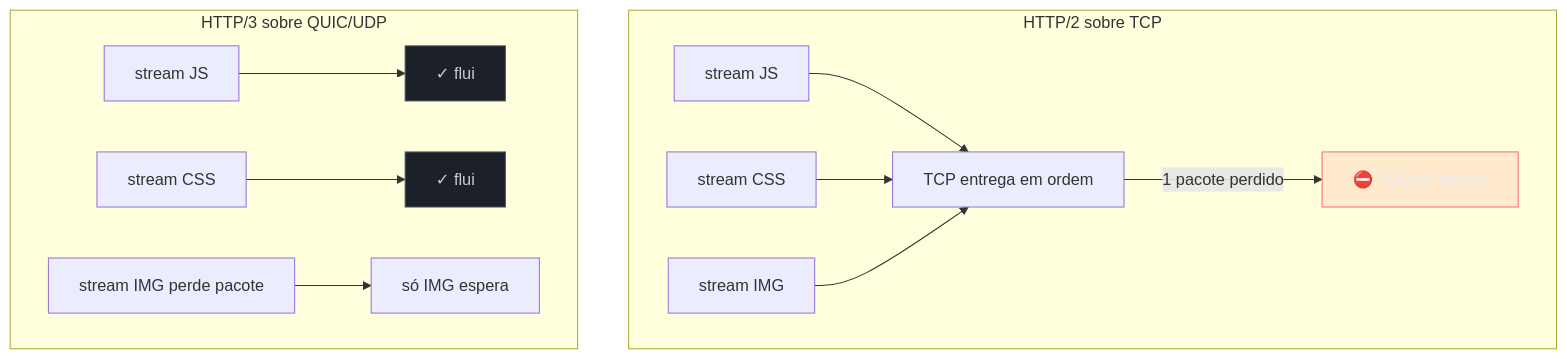
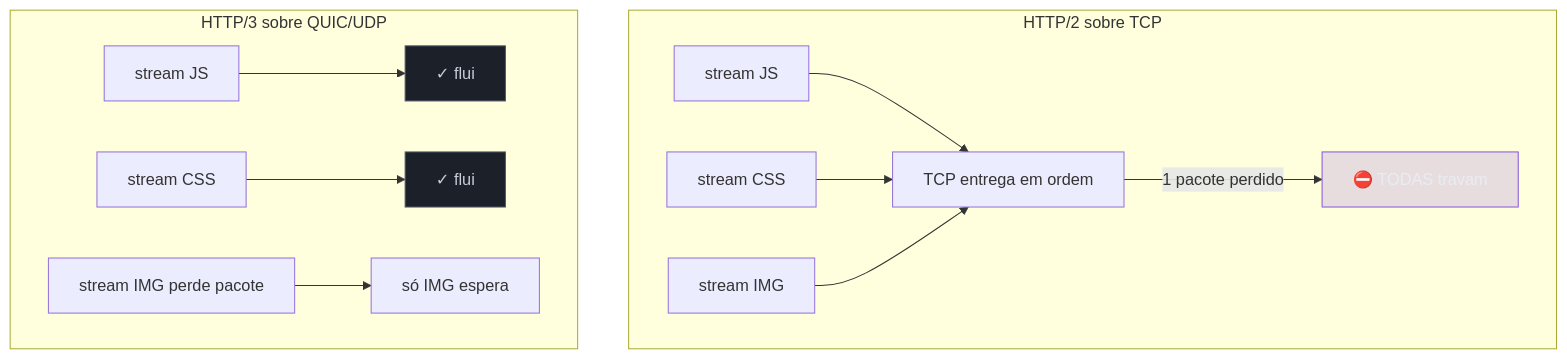
One commit to josenaldo/codex-technomanticus changed the first of 2 diagrams in 03-Dominios/Tecnologia/Web Performance/Performance de Carregamento/08 - HTTP moderno e estratégia de carregamento.md. Above: the diagram before and after it, drawn with Mermaid. The commit also changed 601 other files, not shown here.

````diff
--- a/03-Dominios/Tecnologia/Web Performance/Performance de Carregamento/08 - HTTP moderno e estratégia de carregamento.md
+++ b/03-Dominios/Tecnologia/Web Performance/Performance de Carregamento/08 - HTTP moderno e estratégia de carregamento.md
@@ -37,19 +37,19 @@
 ```mermaid
 graph TB
-    classDef falha fill:#FF6B6B24,stroke:#FF6B6B,color:#E9ECF2
+    classDef marca fill:#8855DF33,stroke:#8855DF,color:#E9ECF2
     classDef neutro fill:#1B2029,stroke:#4E5666,color:#C6CCD8
     subgraph H2["HTTP/2 sobre TCP"]
         T1[stream JS] --> TCP[TCP entrega em ordem]
         T2[stream CSS] --> TCP
         T3[stream IMG] --> TCP
         TCP -->|1 pacote perdido| BLOCK[⛔ TODAS travam]
     end
     subgraph H3["HTTP/3 sobre QUIC/UDP"]
         Q1[stream JS] --> OK1[✓ flui]
         Q2[stream CSS] --> OK2[✓ flui]
         Q3[stream IMG perde pacote] --> WAIT[só IMG espera]
     end
-    class BLOCK falha
+    class BLOCK marca
     class OK1 neutro
     class OK2 neutro
 ```
````
